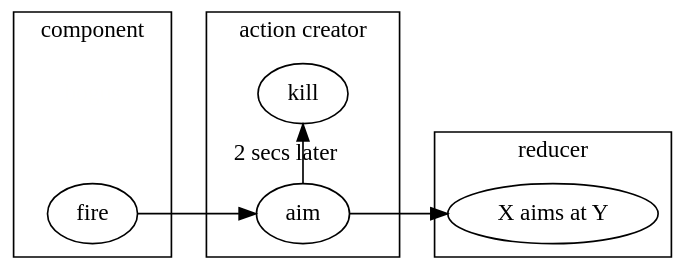
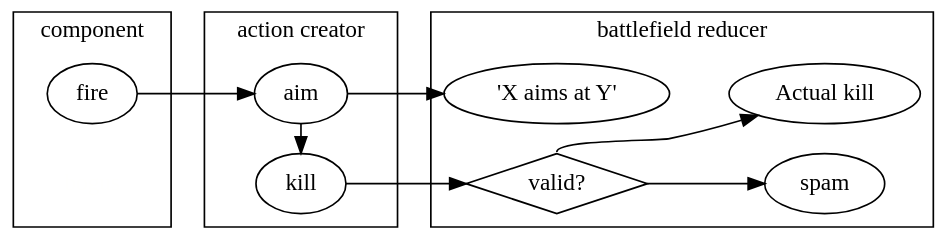
One commit to krawaller/old-blog-backup changed the diagram in diagrams/reactreduxexampleflow.dot. Above: the diagram before and after it, drawn with Graphviz. The commit also changed 17 other files, not shown here.

```diff
--- a/diagrams/reactreduxexampleflow.dot
+++ b/diagrams/reactreduxexampleflow.dot
@@ -1,31 +1,38 @@
 digraph {
   rankdir = LR
   bgcolor = transparent
 
   subgraph cluster_component {
     label = "component"
+    bogus [color=transparent,fontcolor=transparent]
     fire
-    bogus [color=transparent,fontcolor=transparent]
-    fire -> bogus [color=transparent]
+    bogus -> fire [color=transparent]
     {rank=same;fire,bogus}
   }
 
   fire -> aim
+  bogus -> kill [color=transparent]
 
   subgraph cluster_actioncreator {
     label = "action creator"
     aim
     kill
-    aim -> kill [label="2 secs later"]
+    aim -> kill
     {rank=same;aim,kill}
   }
 
   subgraph cluster_reducer {
-    label = "reducer"
-    aiming [label="X aims at Y"]
-    {rank=same;aim,kill}
+    label = "battlefield reducer"
+    branching [label="valid?",shape=diamond]
+    aiming [label="'X aims at Y'"]
+    branching -> spam
+    branching:n -> actual
+    actual [label="Actual kill"]
+    {rank=same;aiming,branching}
+    {rank=same;spam,actual}
   }
 
   aim -> aiming
+  kill -> branching
 
 }
```
